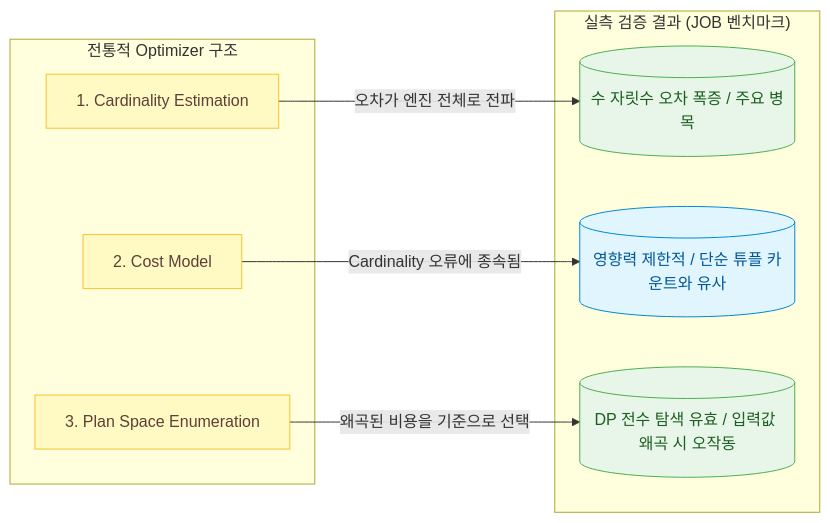
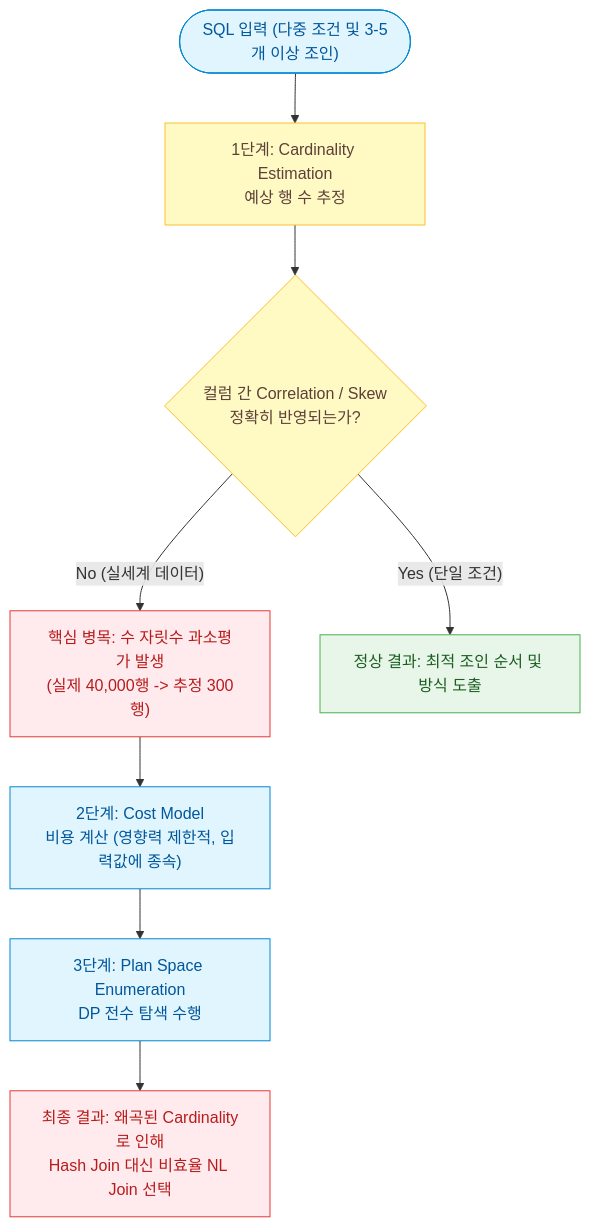
The first of 3 diagrams in docs/dbms/distributed/query-optimizer-cardinality-and-subquery-internals.md (djpibo/djpibo.github.io), drawn with Mermaid before and after one commit. The commit also changed other lines of this file and 4 other files, not shown here.

Commit message:
style(mermaid): remove hachure fill, refactor key diagrams to sequence/decision-tree, and update AGENTS.md

````diff
--- a/docs/dbms/distributed/query-optimizer-cardinality-and-subquery-internals.md
+++ b/docs/dbms/distributed/query-optimizer-cardinality-and-subquery-internals.md
@@ -19,22 +19,21 @@
 ```mermaid
-flowchart LR
+flowchart TD
     classDef storage fill:#E8F5E9,stroke:#4CAF50,color:#1B5E20;
     classDef process fill:#FFF9C4,stroke:#FBC02D,color:#5D4037;
     classDef cloud fill:#E1F5FE,stroke:#0288D1,color:#01579B;
+    classDef danger fill:#FFEBEE,stroke:#E53935,color:#B71C1C;
 
-    subgraph Classical ["전통적 Optimizer 구조"]
-        CE["1. Cardinality Estimation"]:::process
-        CM["2. Cost Model"]:::process
-        PE["3. Plan Space Enumeration"]:::process
-    end
+    Q(["SQL 입력 (다중 조건 및 3-5개 이상 조인)"]):::cloud
+    CE["1단계: Cardinality Estimation<br/>예상 행 수 추정"]:::process
+    CE_CHECK{"컬럼 간 Correlation / Skew<br/>정확히 반영되는가?"}:::process
+    CE_ERR["핵심 병목: 수 자릿수 과소평가 발생<br/>(실제 40,000행 -> 추정 300행)"]:::danger
 
-    subgraph Reality ["실측 검증 결과 (JOB 벤치마크)"]
-        CE_R[("수 자릿수 오차 폭증 / 주요 병목")]:::storage
-        CM_R[("영향력 제한적 / 단순 튜플 카운트와 유사")]:::cloud
-        PE_R[("DP 전수 탐색 유효 / 입력값 왜곡 시 오작동")]:::storage
-    end
+    CM["2단계: Cost Model<br/>비용 계산 (영향력 제한적, 입력값에 종속)"]:::cloud
+    PE["3단계: Plan Space Enumeration<br/>DP 전수 탐색 수행"]:::cloud
+    RES["최종 결과: 왜곡된 Cardinality로 인해<br/>Hash Join 대신 비효율 NL Join 선택"]:::danger
+    OK["정상 결과: 최적 조인 순서 및 방식 도출"]:::storage
 
-    CE -->|"오차가 엔진 전체로 전파"| CE_R
-    CM -->|"Cardinality 오류에 종속됨"| CM_R
-    PE -->|"왜곡된 비용을 기준으로 선택"| PE_R
+    Q --> CE --> CE_CHECK
+    CE_CHECK -->|"No (실세계 데이터)"| CE_ERR --> CM --> PE --> RES
+    CE_CHECK -->|"Yes (단일 조건)"| OK
 ```
````
